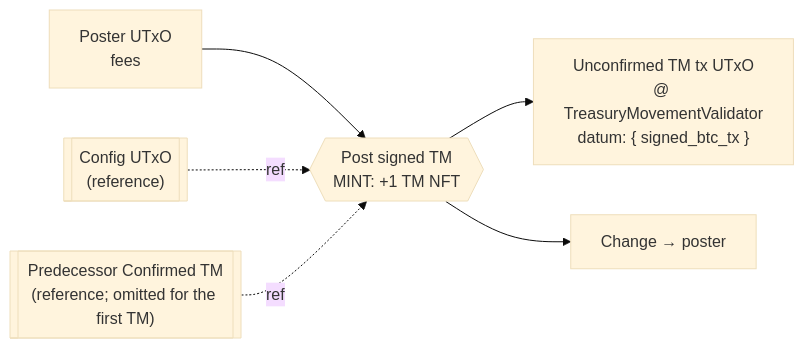
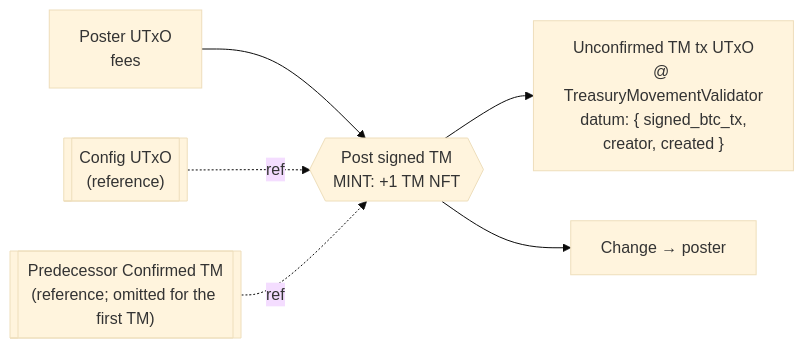
Before and after one commit to FluidTokens/ft-bifrost-bridge: diagram 13 of 19 in documentation/technical_documentation.md, drawn with Mermaid (base theme). The commit also changed other lines of this file and 1 other file, not shown here.

Commit message:
docs: TM record provenance (creator/created) + grace-period GC

````diff
--- a/documentation/technical_documentation.md
+++ b/documentation/technical_documentation.md
@@ -1560,8 +1560,8 @@
 ```mermaid
 flowchart LR
   poster["Poster UTxO<br/>fees"] --> tx{{"Post signed TM<br/>MINT: +1 TM NFT"}}
   cfg_ref[["Config UTxO<br/>(reference)"]] -. ref .-> tx
   prev_ref[["Predecessor Confirmed TM<br/>(reference; omitted for the first TM)"]] -. ref .-> tx
-  tx --> unconf["Unconfirmed TM tx UTxO<br/>@ TreasuryMovementValidator<br/>datum: { signed_btc_tx }"]
+  tx --> unconf["Unconfirmed TM tx UTxO<br/>@ TreasuryMovementValidator<br/>datum: { signed_btc_tx,<br/>creator, created }"]
   tx --> change["Change → poster"]
 ```
````
